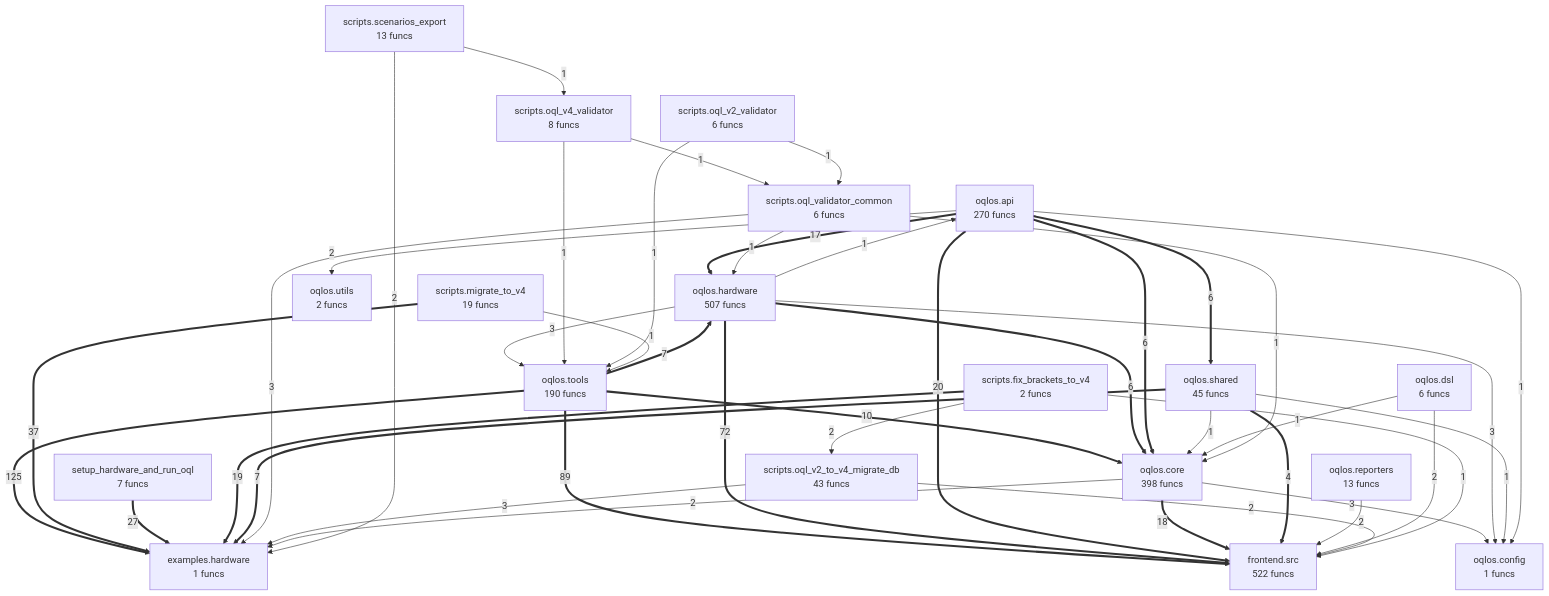
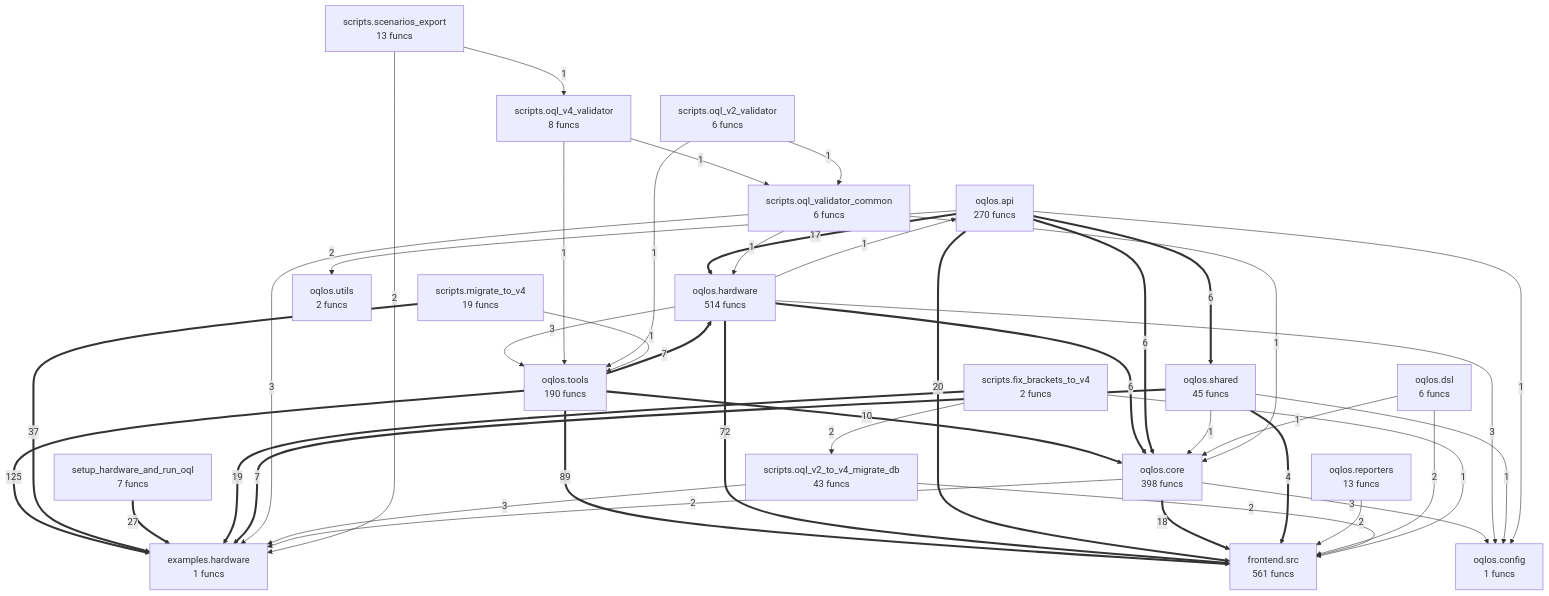
The diagram in project/compact_flow.mmd (oqlos/oqlos), drawn with Mermaid before and after one commit. The commit also changed 62 other files, not shown here.

```diff
--- a/project/compact_flow.mmd
+++ b/project/compact_flow.mmd
@@ -1,63 +1,63 @@
 flowchart TD
-%% generated in 0.04s
+%% generated in 0.03s
     examples__hardware["examples.hardware<br/>1 funcs"]
-    frontend__src["frontend.src<br/>522 funcs"]
+    frontend__src["frontend.src<br/>561 funcs"]
     oqlos__api["oqlos.api<br/>270 funcs"]
     oqlos__config["oqlos.config<br/>1 funcs"]
     oqlos__core["oqlos.core<br/>398 funcs"]
     oqlos__dsl["oqlos.dsl<br/>6 funcs"]
-    oqlos__hardware["oqlos.hardware<br/>507 funcs"]
+    oqlos__hardware["oqlos.hardware<br/>514 funcs"]
     oqlos__reporters["oqlos.reporters<br/>13 funcs"]
     oqlos__shared["oqlos.shared<br/>45 funcs"]
     oqlos__tools["oqlos.tools<br/>190 funcs"]
     oqlos__utils["oqlos.utils<br/>2 funcs"]
     scripts__fix_brackets_to_v4["scripts.fix_brackets_to_v4<br/>2 funcs"]
     scripts__migrate_to_v4["scripts.migrate_to_v4<br/>19 funcs"]
     scripts__oql_v2_to_v4_migrate_db["scripts.oql_v2_to_v4_migrate_db<br/>43 funcs"]
     scripts__oql_v2_validator["scripts.oql_v2_validator<br/>6 funcs"]
     scripts__oql_v4_validator["scripts.oql_v4_validator<br/>8 funcs"]
     scripts__oql_validator_common["scripts.oql_validator_common<br/>6 funcs"]
     scripts__scenarios_export["scripts.scenarios_export<br/>13 funcs"]
     setup_hardware_and_run_oql["setup_hardware_and_run_oql<br/>7 funcs"]
     oqlos__tools ==>|125| examples__hardware
     oqlos__tools ==>|89| frontend__src
     oqlos__hardware ==>|72| frontend__src
     scripts__migrate_to_v4 ==>|37| examples__hardware
     setup_hardware_and_run_oql ==>|27| examples__hardware
     oqlos__api ==>|20| frontend__src
     scripts__fix_brackets_to_v4 ==>|19| examples__hardware
     oqlos__core ==>|18| frontend__src
     oqlos__api ==>|17| oqlos__hardware
     oqlos__tools ==>|10| oqlos__core
     oqlos__tools ==>|7| oqlos__hardware
     oqlos__shared ==>|7| examples__hardware
     oqlos__hardware ==>|6| oqlos__core
     oqlos__api ==>|6| oqlos__core
     oqlos__api ==>|6| oqlos__shared
     oqlos__shared ==>|4| frontend__src
     oqlos__core -->|3| oqlos__config
     oqlos__hardware -->|3| oqlos__config
     oqlos__hardware -->|3| oqlos__tools
     scripts__oql_validator_common -->|3| examples__hardware
     scripts__oql_v2_to_v4_migrate_db -->|3| examples__hardware
     oqlos__core -->|2| examples__hardware
     oqlos__reporters -->|2| frontend__src
+    oqlos__api -->|2| oqlos__utils
     oqlos__dsl -->|2| frontend__src
     scripts__fix_brackets_to_v4 -->|2| scripts__oql_v2_to_v4_migrate_db
     scripts__oql_v2_to_v4_migrate_db -->|2| frontend__src
     scripts__scenarios_export -->|2| examples__hardware
-    oqlos__api -->|2| oqlos__utils
     oqlos__hardware -->|1| oqlos__api
     oqlos__shared -->|1| oqlos__core
     oqlos__shared -->|1| oqlos__config
+    oqlos__api -->|1| oqlos__config
     oqlos__dsl -->|1| oqlos__core
     scripts__oql_validator_common -->|1| oqlos__core
     scripts__oql_validator_common -->|1| oqlos__hardware
     scripts__oql_v4_validator -->|1| oqlos__tools
     scripts__oql_v4_validator -->|1| scripts__oql_validator_common
     scripts__fix_brackets_to_v4 -->|1| frontend__src
     scripts__oql_v2_validator -->|1| oqlos__tools
     scripts__oql_v2_validator -->|1| scripts__oql_validator_common
     scripts__migrate_to_v4 -->|1| oqlos__tools
     scripts__scenarios_export -->|1| scripts__oql_v4_validator
-    oqlos__api -->|1| oqlos__config
```
